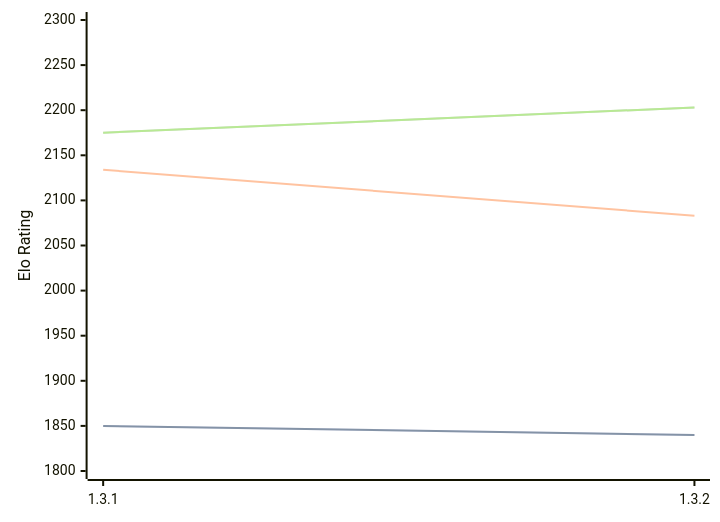
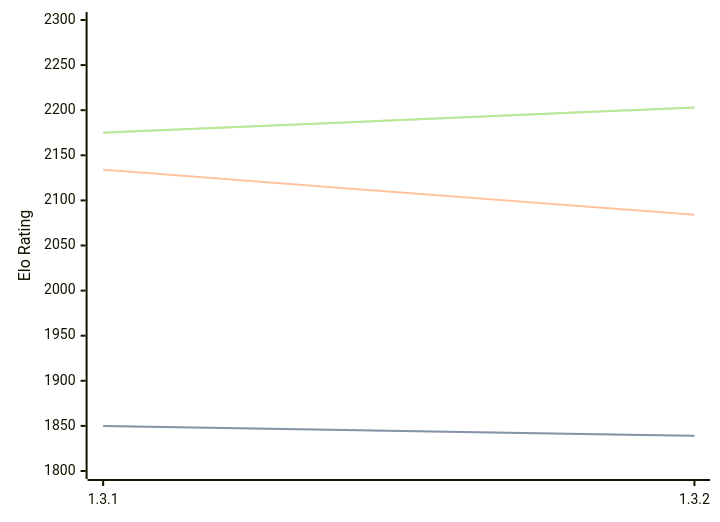
The diagram in engines/Zugblitz.md (computer-chess-index/cci), drawn with Mermaid before and after one commit. The commit also changed other lines of this file, not shown here.

````diff
--- a/engines/Zugblitz.md
+++ b/engines/Zugblitz.md
@@ -32,11 +32,11 @@
 ```mermaid
 %%{init: {"theme":"base","themeVariables":{"seriesColors:['#a3a3a3','#222221','#faa371']}}}%%
 xychart-beta
   x-axis ["1.3.1", "1.3.2"]
   y-axis "Elo Rating" 1800 --> 2300
-  line "STC (8.0+0.08s)" [1850, 1840]
-  line "STC (8.0+0.08s)" [1850, 1840]
-  line "LTC (60.0+0.60s)" [2134, 2083]
+  line "STC (8.0+0.08s)" [1850, 1839]
+  line "STC (8.0+0.08s)" [1850, 1839]
+  line "LTC (60.0+0.60s)" [2134, 2084]
   line "VLTC (2m24s+1.12s)" [2175, 2203]
   line "VLTC (2m24s+1.12s)" [2175, 2203]
 ```
````
